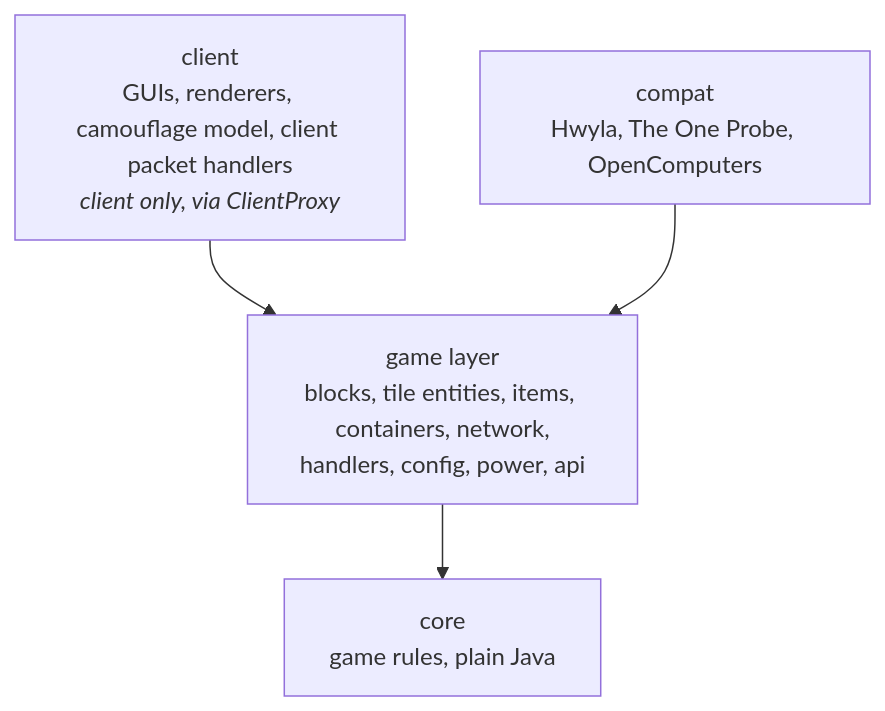
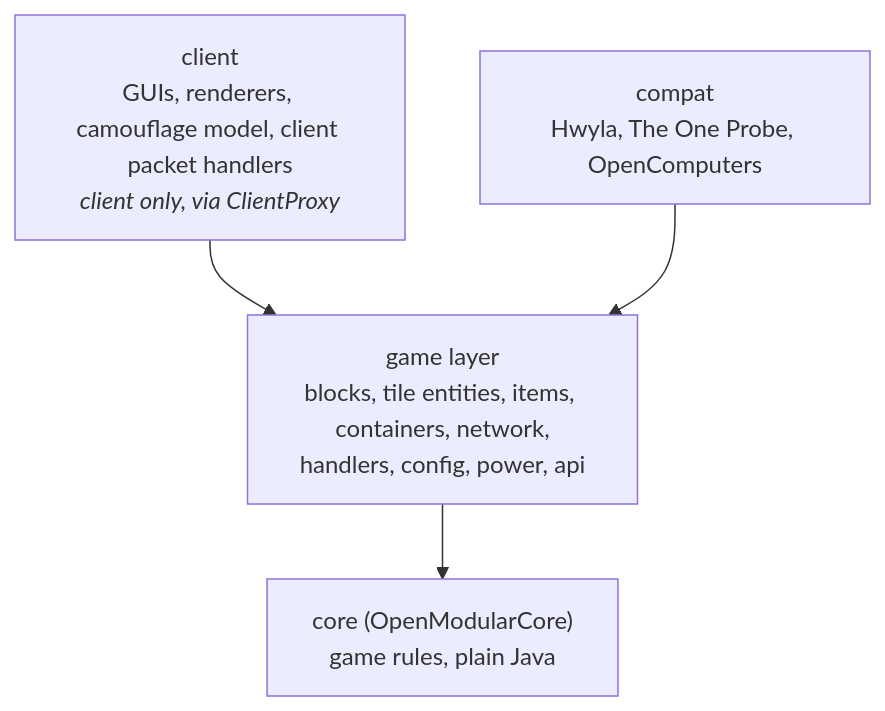
One commit to OpenModularTurretsTeam/OMLib changed the diagram in docs/architecture.md. Above: the diagram before and after it, drawn with Mermaid. The commit also changed other lines of this file, not shown here.

Commit message:
Describe the shared core in the architecture guide

````diff
--- a/docs/architecture.md
+++ b/docs/architecture.md
@@ -20,10 +22,10 @@
 ```mermaid
 flowchart TB
     client["client<br/>GUIs, renderers, camouflage model, client packet handlers<br/><i>client only, via ClientProxy</i>"]
     game["game layer<br/>blocks, tile entities, items, containers, network,<br/>handlers, config, power, api"]
     compat["compat<br/>Hwyla, The One Probe, OpenComputers"]
-    core["core<br/>game rules, plain Java"]
+    core["core (OpenModularCore)<br/>game rules, plain Java"]
     client --> game
     game --> core
     compat --> game
 ```
````
